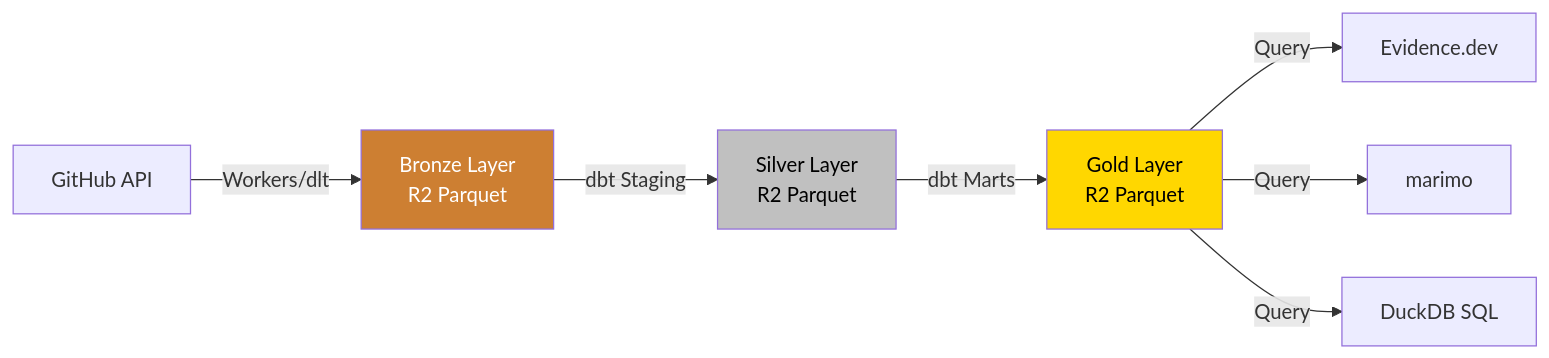
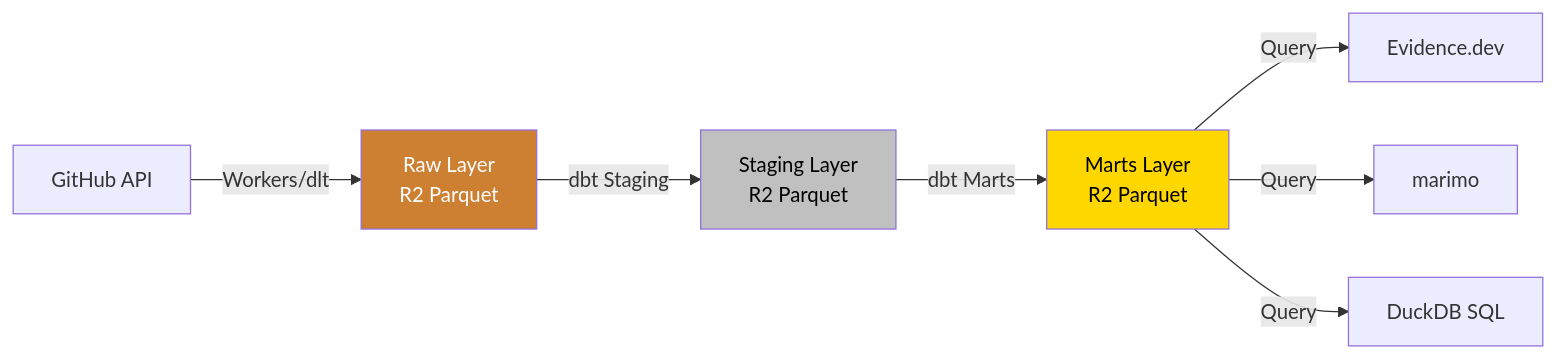
One commit to ta93abe/data-engineering-with-cloudflare changed the diagram in docs/github-dbt-design.md. Above: the diagram before and after it, drawn with Mermaid. The commit also changed other lines of this file and 1 other file, not shown here.

First line of the commit message:
refactor: Replace Bronze/Silver/Gold naming with Raw/Staging/Marts

````diff
--- a/docs/github-dbt-design.md
+++ b/docs/github-dbt-design.md
@@ -31,13 +31,13 @@
 ```mermaid
 graph LR
-    A[GitHub API] -->|Workers/dlt| B[Bronze Layer<br/>R2 Parquet]
-    B -->|dbt Staging| C[Silver Layer<br/>R2 Parquet]
-    C -->|dbt Marts| D[Gold Layer<br/>R2 Parquet]
+    A[GitHub API] -->|Workers/dlt| B[Raw Layer<br/>R2 Parquet]
+    B -->|dbt Staging| C[Staging Layer<br/>R2 Parquet]
+    C -->|dbt Marts| D[Marts Layer<br/>R2 Parquet]
     D -->|Query| E[Evidence.dev]
     D -->|Query| F[marimo]
     D -->|Query| G[DuckDB SQL]
 
     style B fill:#cd7f32,color:#fff
     style C fill:#c0c0c0,color:#000
     style D fill:#ffd700,color:#000
 ```
````
